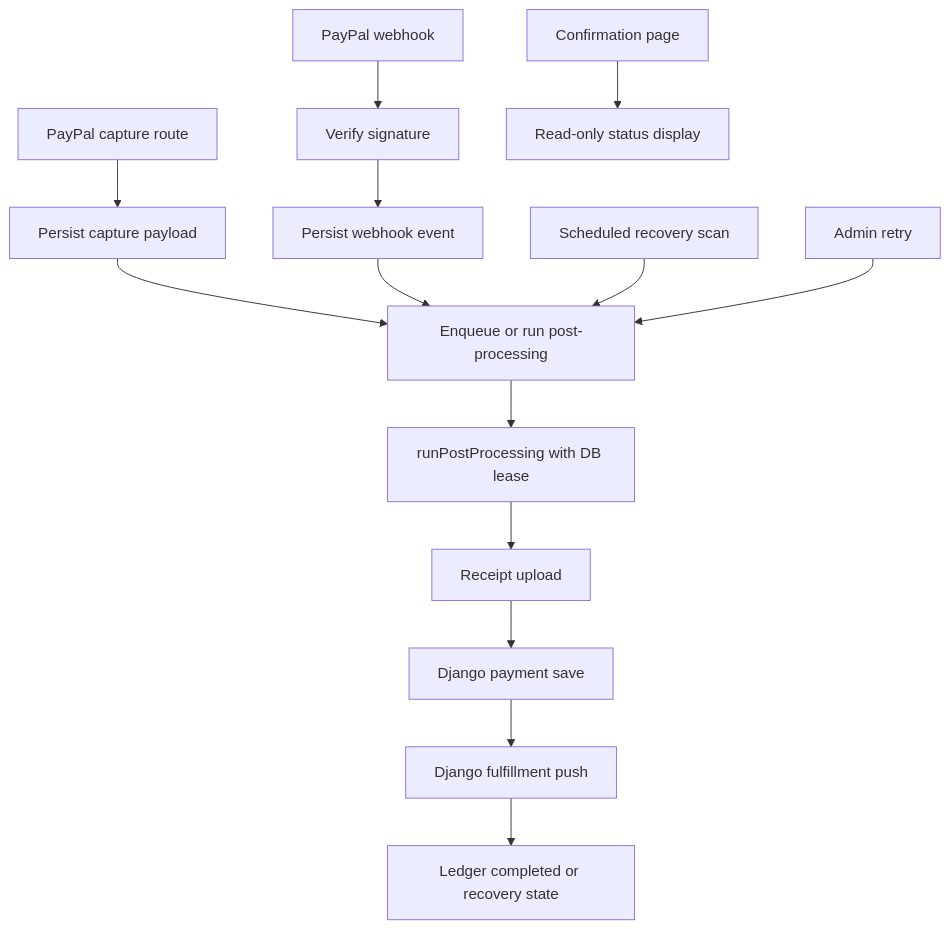
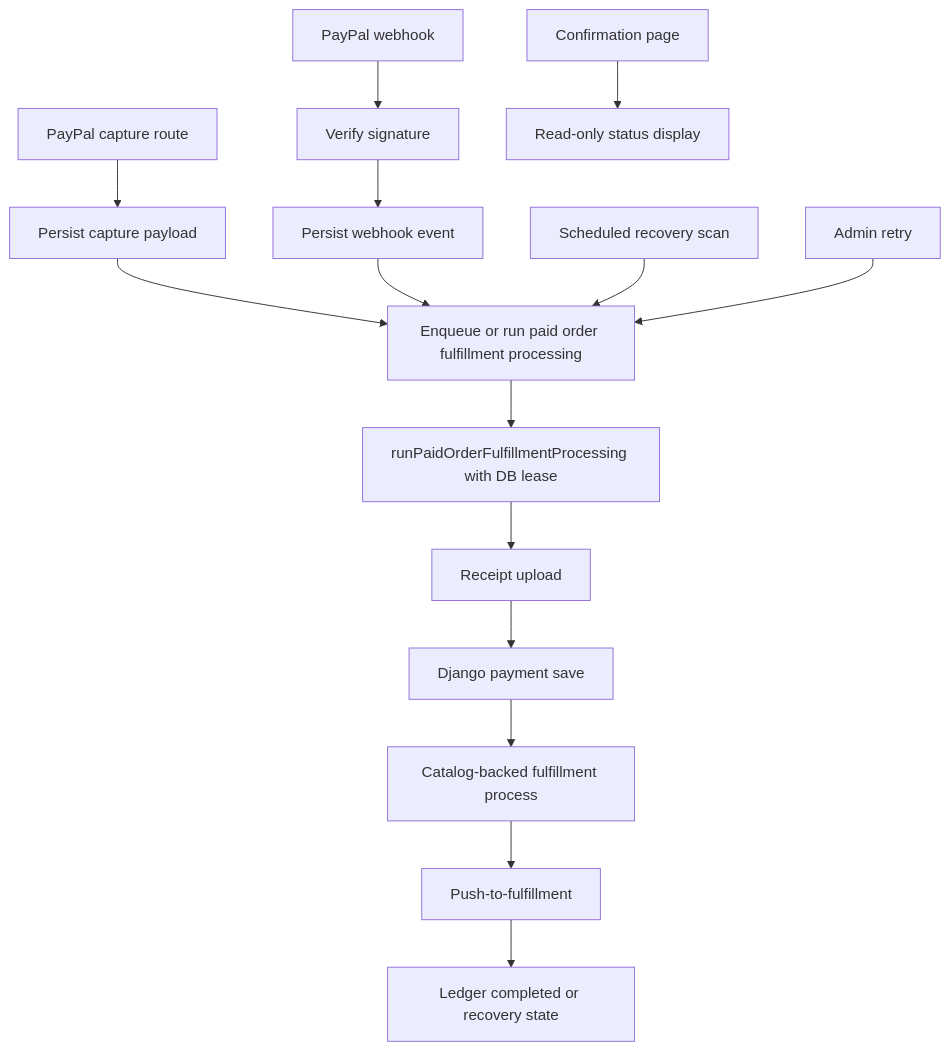
The diagram in Future Implementation Guides/PAYPAL_WEBHOOK_REGISTRATION_AND_RECOVERY_GUIDE.md (Codex-Christi/codex_christi_frontend), drawn with Mermaid before and after one commit. The commit also changed other lines of this file and 3 other files, not shown here.

Commit message:
Update paid order fulfillment ops guides

````diff
--- a/Future Implementation Guides/PAYPAL_WEBHOOK_REGISTRATION_AND_RECOVERY_GUIDE.md
+++ b/Future Implementation Guides/PAYPAL_WEBHOOK_REGISTRATION_AND_RECOVERY_GUIDE.md
@@ -321,16 +332,17 @@
 ```mermaid
 flowchart TD
   A["PayPal capture route"] --> B["Persist capture payload"]
-  B --> C["Enqueue or run post-processing"]
+  B --> C["Enqueue or run paid order fulfillment processing"]
   D["PayPal webhook"] --> E["Verify signature"]
   E --> F["Persist webhook event"]
   F --> C
-  C --> G["runPostProcessing with DB lease"]
+  C --> G["runPaidOrderFulfillmentProcessing with DB lease"]
   G --> H["Receipt upload"]
   H --> I["Django payment save"]
-  I --> J["Django fulfillment push"]
-  J --> K["Ledger completed or recovery state"]
-  L["Scheduled recovery scan"] --> C
+  I --> J["Catalog-backed fulfillment process"]
+  J --> K["Push-to-fulfillment"]
+  K --> L["Ledger completed or recovery state"]
+  R["Scheduled recovery scan"] --> C
   M["Admin retry"] --> C
   N["Confirmation page"] --> O["Read-only status display"]
 ```
````
